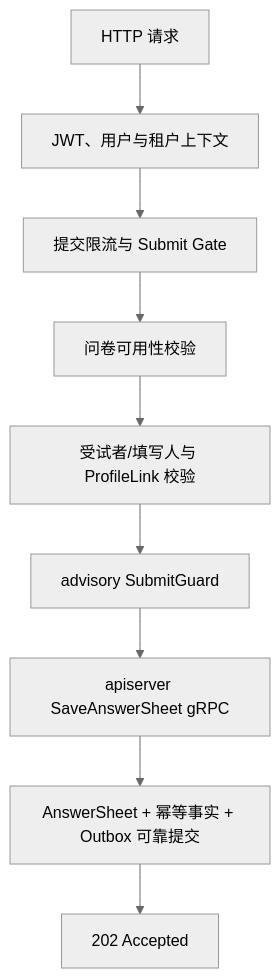
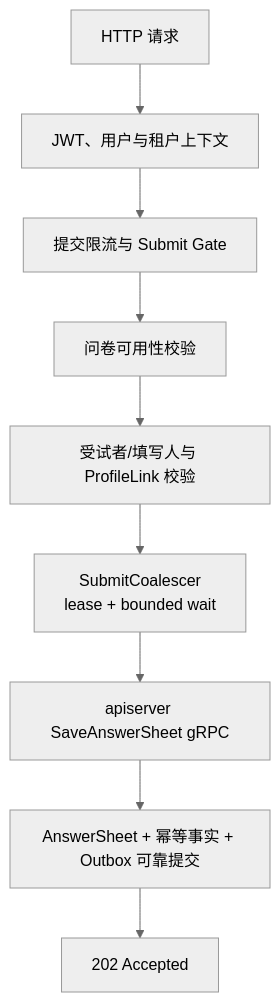
Before and after one commit to FangcunMount/qs-server: the diagram in docs/01-运行时/02-collection-server运行时.md, drawn with Mermaid (neutral theme). The commit also changed other lines of this file and 35 other files, not shown here.

````diff
--- a/docs/01-运行时/02-collection-server运行时.md
+++ b/docs/01-运行时/02-collection-server运行时.md
@@ -50,11 +50,11 @@
 ```mermaid
 flowchart TD
     A["HTTP 请求"] --> B["JWT、用户与租户上下文"]
     B --> C["提交限流与 Submit Gate"]
     C --> D["问卷可用性校验"]
     D --> E["受试者/填写人与 ProfileLink 校验"]
-    E --> F["advisory SubmitGuard"]
+    E --> F["SubmitCoalescer<br/>lease + bounded wait"]
     F --> G["apiserver SaveAnswerSheet gRPC"]
     G --> H["AnswerSheet + 幂等事实 + Outbox 可靠提交"]
     H --> I["202 Accepted"]
 ```
````
